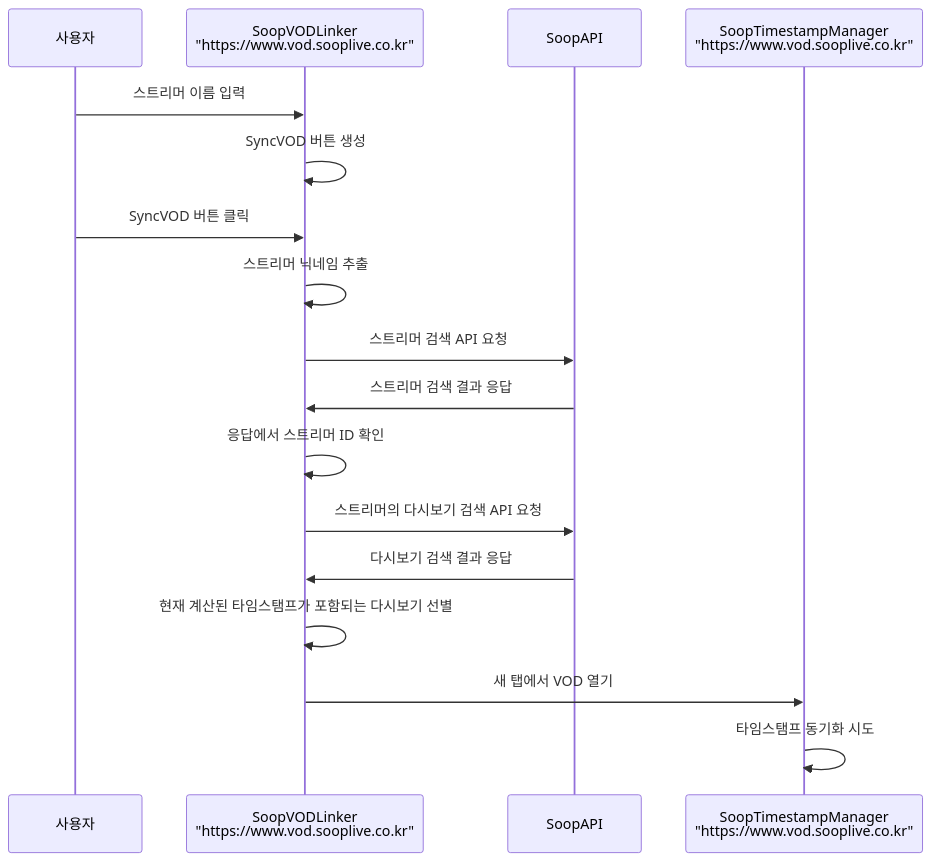
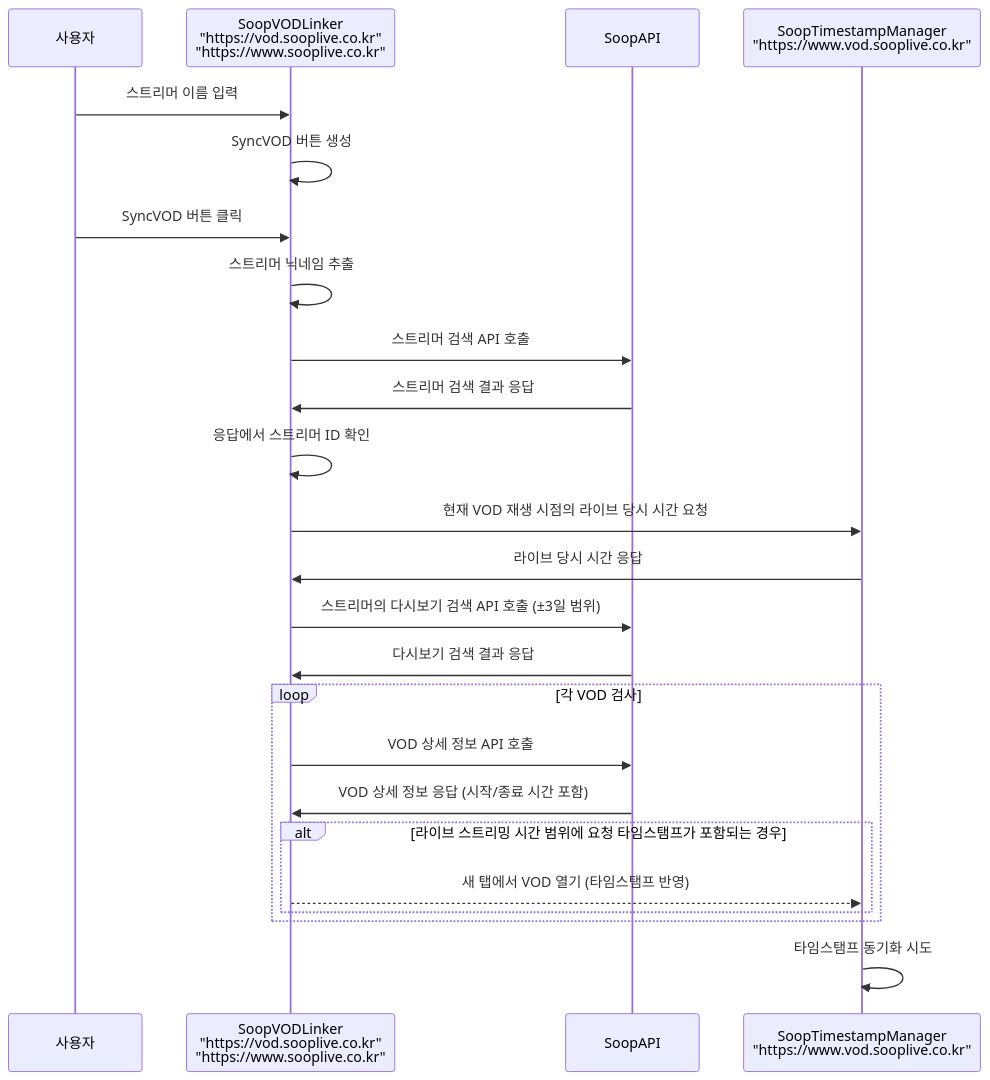
One commit to AINukeHere/VOD-Synchronizer changed the first of 4 diagrams in doc/communication_flow.md. Above: the diagram before and after it, drawn with Mermaid. The commit also changed other lines of this file and 2 other files, not shown here.

Commit message:
Update README and communication flow documentation: Change "Find VOD" button text to "Sync VOD" for clarity, update API request terminology, and enhance sequence diagrams for better understanding of VOD synchronization processes.

````diff
--- a/doc/communication_flow.md
+++ b/doc/communication_flow.md
@@ -5,21 +5,28 @@
 ```mermaid
 sequenceDiagram
     participant User as 사용자
-    participant VODLinker as SoopVODLinker<br/>"https://www.vod.sooplive.co.kr"
+    participant VODLinker as SoopVODLinker<br/>"https://vod.sooplive.co.kr"<br/>"https://www.sooplive.co.kr"
     participant SoopAPI
     participant TimestampManager as SoopTimestampManager<br/>"https://www.vod.sooplive.co.kr"
 
     User->>VODLinker: 스트리머 이름 입력
     VODLinker->>VODLinker: SyncVOD 버튼 생성
     User->>VODLinker: SyncVOD 버튼 클릭
     VODLinker->>VODLinker: 스트리머 닉네임 추출
-    VODLinker->>SoopAPI: 스트리머 검색 API 요청
+    VODLinker->>SoopAPI: 스트리머 검색 API 호출
     SoopAPI->>VODLinker: 스트리머 검색 결과 응답
     VODLinker->>VODLinker: 응답에서 스트리머 ID 확인
-    VODLinker->>SoopAPI: 스트리머의 다시보기 검색 API 요청
+    VODLinker->>TimestampManager: 현재 VOD 재생 시점의 라이브 당시 시간 요청
+    TimestampManager->>VODLinker: 라이브 당시 시간 응답
+    VODLinker->>SoopAPI: 스트리머의 다시보기 검색 API 호출 (±3일 범위)
     SoopAPI->>VODLinker: 다시보기 검색 결과 응답
-    VODLinker->>VODLinker: 현재 계산된 타임스탬프가 포함되는 다시보기 선별
+    loop 각 VOD 검사
+        VODLinker->>SoopAPI: VOD 상세 정보 API 호출
+        SoopAPI->>VODLinker: VOD 상세 정보 응답 (시작/종료 시간 포함)
+        alt 라이브 스트리밍 시간 범위에 요청 타임스탬프가 포함되는 경우
+            VODLinker-->>TimestampManager: 새 탭에서 VOD 열기 (타임스탬프 반영)
+        end
+    end
+    TimestampManager->>TimestampManager: 타임스탬프 동기화 시도
     
-    VODLinker->>TimestampManager: 새 탭에서 VOD 열기
-    TimestampManager->>TimestampManager: 타임스탬프 동기화 시도
 ```
````
